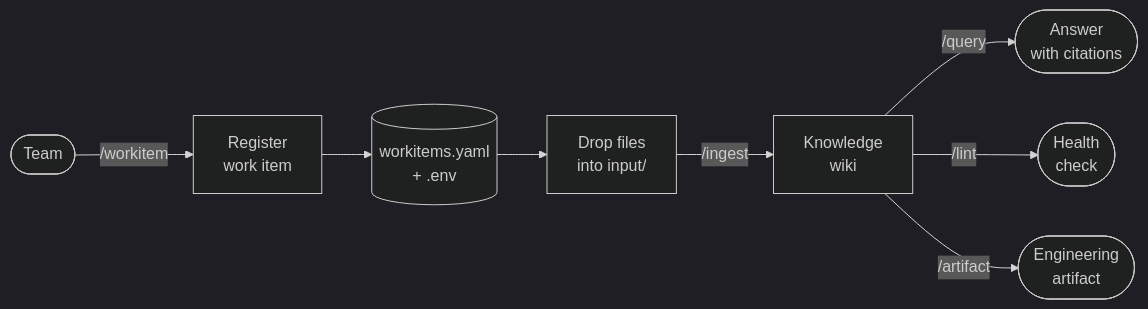
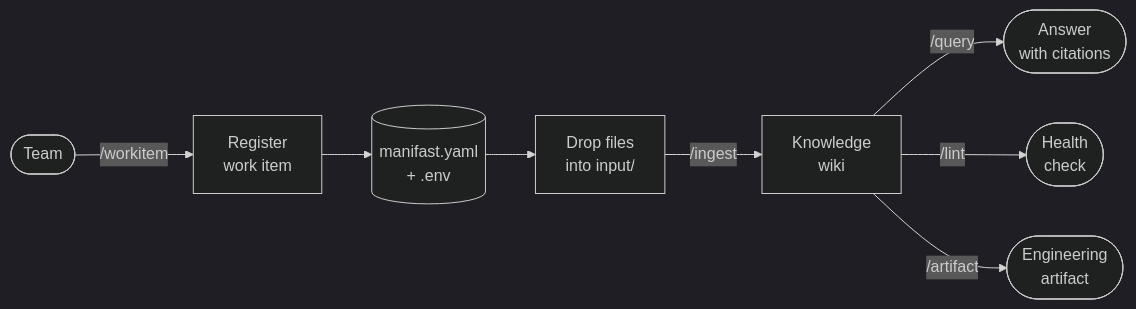
Before and after one commit to cooperacode/forge: the diagram in README.md, drawn with Mermaid (dark theme). The commit also changed other lines of this file and 22 other files, not shown here.

````diff
--- a/README.md
+++ b/README.md
@@ -16,10 +16,10 @@
 ```mermaid
 flowchart LR
     A([Team]) -->|/workitem| B[Register<br/>work item]
-    B --> C[(workitems.yaml<br/>+ .env)]
+    B --> C[(manifast.yaml<br/>+ .env)]
     C --> D[Drop files<br/>into input/]
     D -->|/ingest| E[Knowledge<br/>wiki]
     E -->|/query| F([Answer<br/>with citations])
     E -->|/lint| G([Health<br/>check])
     E -->|/artifact| H([Engineering<br/>artifact])
 ```
````
